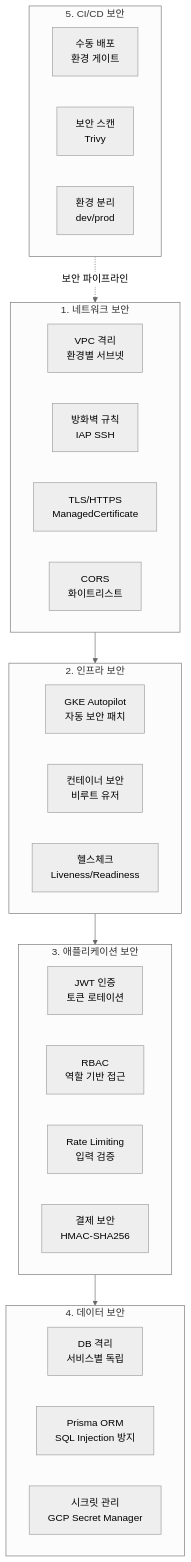
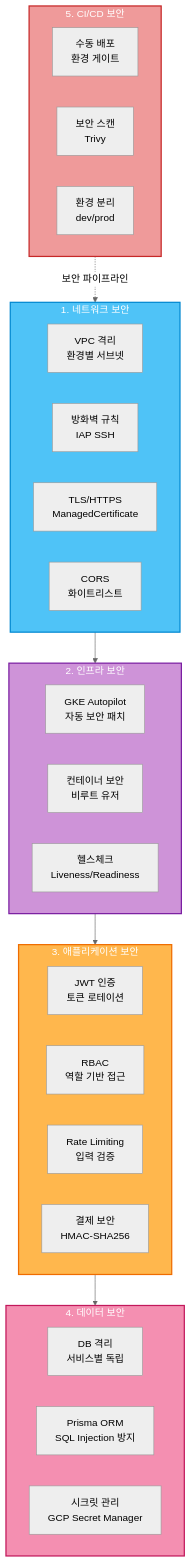
The first of 4 diagrams in docs/architecture/SECURITY.md (uniyous/parkgolf-platform), drawn with Mermaid (neutral theme) before and after one commit. The commit also changed other lines of this file and 5 other files, not shown here.

First line of the commit message:
docs: 다이어그램 체계 정비 및 문서 개선

````diff
--- a/docs/architecture/SECURITY.md
+++ b/docs/architecture/SECURITY.md
@@ -19,37 +19,43 @@
 ```mermaid
-flowchart TB
+graph TB
     subgraph NETWORK["1. 네트워크 보안"]
         VPC["VPC 격리<br/>환경별 서브넷"]
         FW["방화벽 규칙<br/>IAP SSH"]
         TLS["TLS/HTTPS<br/>ManagedCertificate"]
         CORS["CORS<br/>화이트리스트"]
     end
 
     subgraph INFRA["2. 인프라 보안"]
         GKE["GKE Autopilot<br/>자동 보안 패치"]
         CONTAINER["컨테이너 보안<br/>비루트 유저"]
         HEALTH["헬스체크<br/>Liveness/Readiness"]
     end
 
     subgraph APP["3. 애플리케이션 보안"]
         JWT["JWT 인증<br/>토큰 로테이션"]
         RBAC["RBAC<br/>역할 기반 접근"]
         RATE["Rate Limiting<br/>입력 검증"]
         PAYMENT["결제 보안<br/>HMAC-SHA256"]
     end
 
     subgraph DATA["4. 데이터 보안"]
         DB["DB 격리<br/>서비스별 독립"]
         ORM["Prisma ORM<br/>SQL Injection 방지"]
         SECRET["시크릿 관리<br/>GCP Secret Manager"]
     end
 
     subgraph CICD["5. CI/CD 보안"]
         GATE["수동 배포<br/>환경 게이트"]
         SCAN["보안 스캔<br/>Trivy"]
         ENV["환경 분리<br/>dev/prod"]
     end
 
     NETWORK --> INFRA --> APP --> DATA
     CICD -.->|보안 파이프라인| NETWORK
+
+    style NETWORK fill:#4fc3f7,stroke:#0288d1,stroke-width:2px,color:#fff
+    style INFRA fill:#ce93d8,stroke:#7b1fa2,stroke-width:2px,color:#fff
+    style APP fill:#ffb74d,stroke:#ef6c00,stroke-width:2px,color:#fff
+    style DATA fill:#f48fb1,stroke:#c2185b,stroke-width:2px,color:#fff
+    style CICD fill:#ef9a9a,stroke:#c62828,stroke-width:2px,color:#fff
 ```
````
